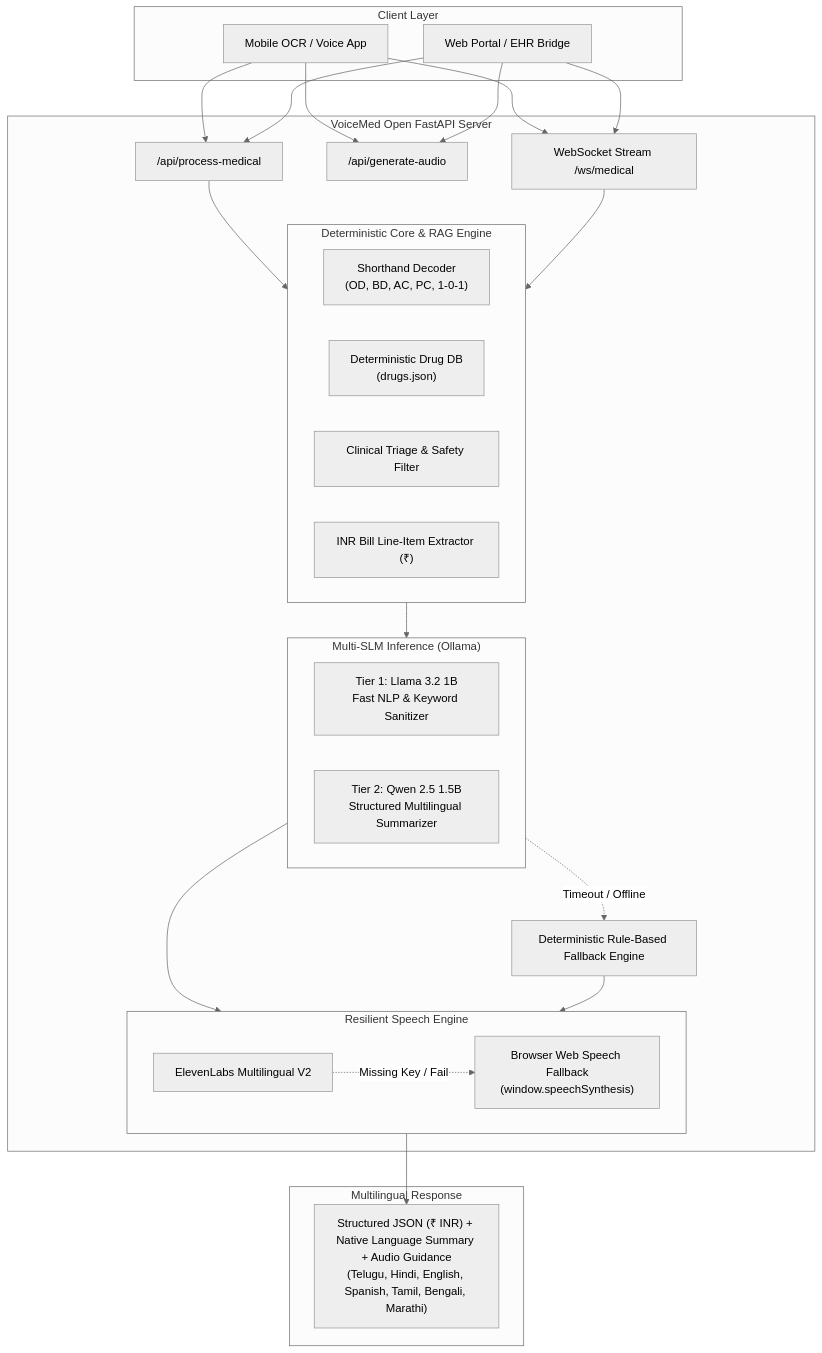
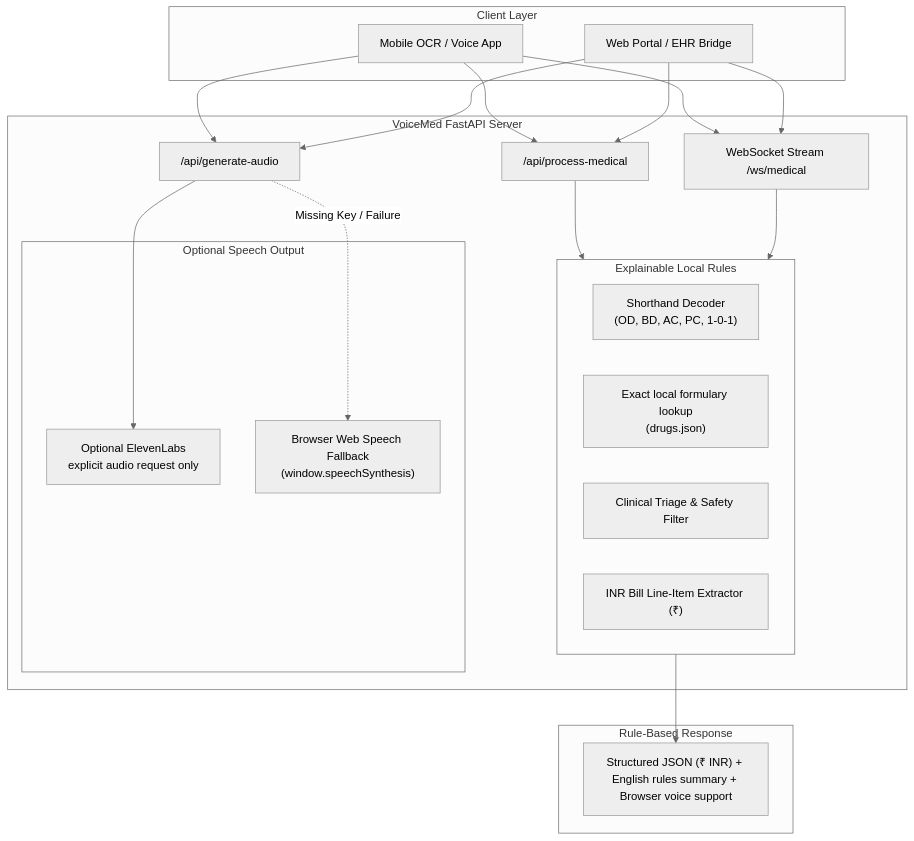
The second of 2 diagrams in README.md (flashvenkat/CircuitHealth-AI), drawn with Mermaid (neutral theme) before and after one commit. The commit also changed other lines of this file and 6 other files, not shown here.

Commit message:
Finalize VoiceMed experience and local clinical workflows

````diff
--- a/README.md
+++ b/README.md
@@ -95,44 +121,34 @@
 ```mermaid
 flowchart TD
     subgraph Client ["Client Layer"]
         A[Mobile OCR / Voice App]
         B[Web Portal / EHR Bridge]
     end
 
-    subgraph Backend ["VoiceMed Open FastAPI Server"]
+    subgraph Backend ["VoiceMed FastAPI Server"]
         Router["/api/process-medical"]
         AudioRouter["/api/generate-audio"]
         WS["WebSocket Stream /ws/medical"]
         
-        subgraph CoreEngine ["Deterministic Core & RAG Engine"]
+        subgraph CoreEngine ["Explainable Local Rules"]
             ShorthandEngine["Shorthand Decoder\n(OD, BD, AC, PC, 1-0-1)"]
-            LocalRAG["Deterministic Drug DB\n(drugs.json)"]
+            LocalDB["Exact local formulary lookup\n(drugs.json)"]
             TriageRules["Clinical Triage & Safety Filter"]
             BillParser["INR Bill Line-Item Extractor (₹)"]
         end
 
-        subgraph SLM ["Multi-SLM Inference (Ollama)"]
-            T1["Tier 1: Llama 3.2 1B\nFast NLP & Keyword Sanitizer"]
-            T2["Tier 2: Qwen 2.5 1.5B\nStructured Multilingual Summarizer"]
-        end
-
-        subgraph AudioGen ["Resilient Speech Engine"]
-            EL["ElevenLabs Multilingual V2"]
+        subgraph AudioGen ["Optional Speech Output"]
+            EL["Optional ElevenLabs\nexplicit audio request only"]
             WSF["Browser Web Speech Fallback\n(window.speechSynthesis)"]
         end
-
-        Fallback["Deterministic Rule-Based Fallback Engine"]
     end
 
-    subgraph Output ["Multilingual Response"]
-        OUT["Structured JSON (₹ INR) + Native Language Summary + Audio Guidance\n(Telugu, Hindi, English, Spanish, Tamil, Bengali, Marathi)"]
+    subgraph Output ["Rule-Based Response"]
+        OUT["Structured JSON (₹ INR) + English rules summary + Browser voice support"]
     end
 
     A & B --> Router & WS & AudioRouter
-    Router & WS --> CoreEngine
-    CoreEngine --> SLM
-    SLM -. Timeout / Offline .-> Fallback
-    SLM & Fallback --> AudioGen
-    EL -. Missing Key / Fail .-> WSF
-    AudioGen --> OUT
+    Router & WS --> CoreEngine --> OUT
+    AudioRouter --> EL
+    AudioRouter -. Missing Key / Failure .-> WSF
 ```
````
